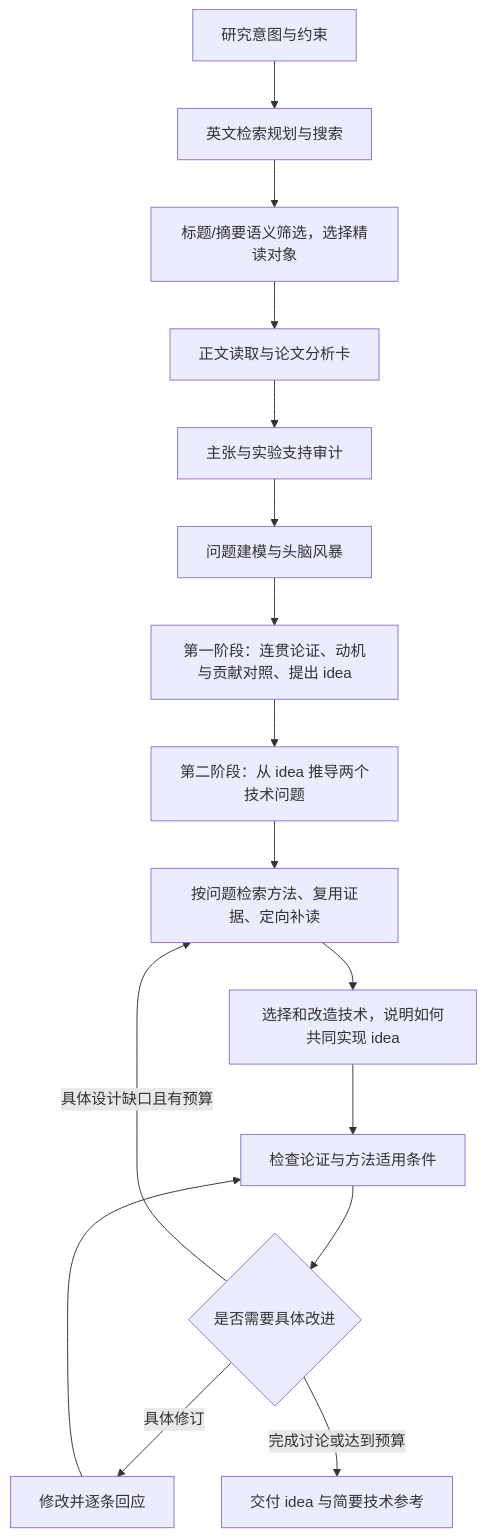
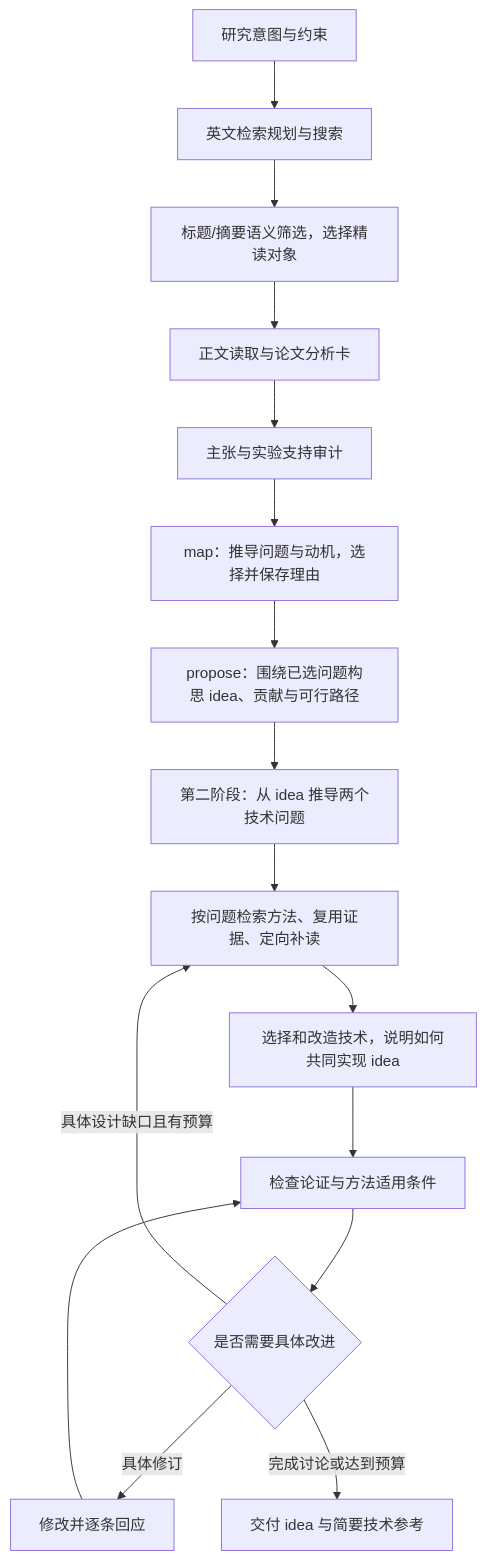
One commit to ghh1125/Research-idea changed the diagram in docs/architecture.md. Above: the diagram before and after it, drawn with Mermaid. The commit also changed other lines of this file and 15 other files, not shown here.

````diff
--- a/docs/architecture.md
+++ b/docs/architecture.md
@@ -20,18 +20,18 @@
 ```mermaid
 flowchart TD
     A["研究意图与约束"] --> S["英文检索规划与搜索"]
     S --> T["标题/摘要语义筛选，选择精读对象"]
     T --> B["正文读取与论文分析卡"]
     B --> Q["主张与实验支持审计"]
-    Q --> C["问题建模与头脑风暴"]
-    C --> D["第一阶段：连贯论证、动机与贡献对照、提出 idea"]
+    Q --> C["map：推导问题与动机，选择并保存理由"]
+    C --> D["propose：围绕已选问题构思 idea、贡献与可行路径"]
     D --> A2["第二阶段：从 idea 推导两个技术问题"]
     A2 --> R["按问题检索方法、复用证据、定向补读"]
     R --> M["选择和改造技术，说明如何共同实现 idea"]
     M --> E["检查论证与方法适用条件"]
     E --> F{"是否需要具体改进"}
     F -->|具体设计缺口且有预算| R
     F -->|具体修订| I["修改并逐条回应"]
     I --> E
     F -->|完成讨论或达到预算| H["交付 idea 与简要技术参考"]
 ```
````
